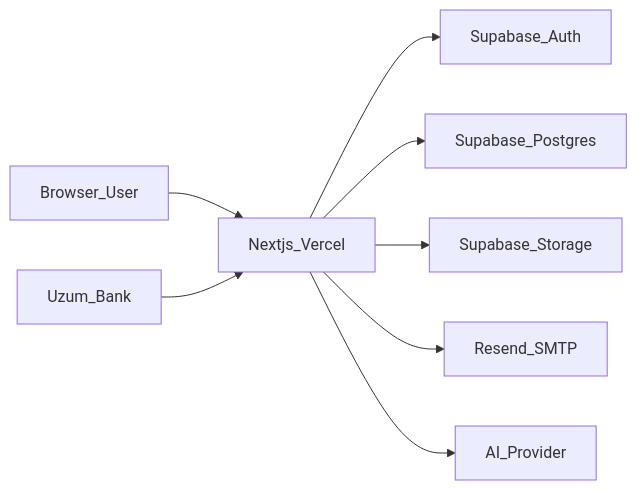
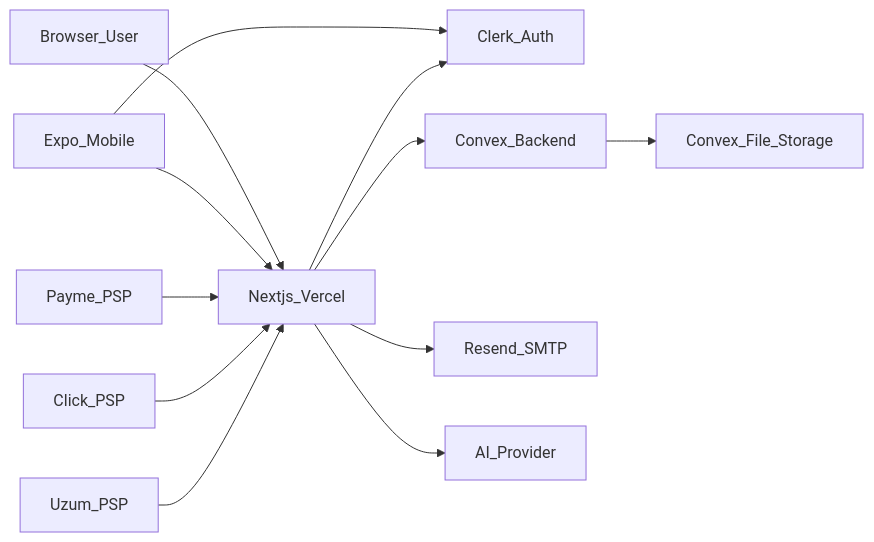
One commit to Shayxislam23/FundingPro changed the diagram in fundingpro/docs/security-audit/threat-model.md. Above: the diagram before and after it, drawn with Mermaid. The commit also changed other lines of this file and 143 other files, not shown here.

````diff
--- a/fundingpro/docs/security-audit/threat-model.md
+++ b/fundingpro/docs/security-audit/threat-model.md
@@ -7,19 +7,26 @@
 ```mermaid
 flowchart LR
   User[Browser_User]
+  Mobile[Expo_Mobile]
   Next[Nextjs_Vercel]
-  SupaAuth[Supabase_Auth]
-  SupaDB[Supabase_Postgres]
-  SupaStore[Supabase_Storage]
+  Clerk[Clerk_Auth]
+  Convex[Convex_Backend]
+  ConvexStore[Convex_File_Storage]
   Resend[Resend_SMTP]
   AI[AI_Provider]
-  Uzum[Uzum_Bank]
+  Payme[Payme_PSP]
+  Click[Click_PSP]
+  Uzum[Uzum_PSP]
 
   User --> Next
-  Next --> SupaAuth
-  Next --> SupaDB
-  Next --> SupaStore
+  Mobile --> Next
+  Mobile --> Clerk
+  Next --> Clerk
+  Next --> Convex
+  Convex --> ConvexStore
   Next --> Resend
   Next --> AI
+  Payme --> Next
+  Click --> Next
   Uzum --> Next
 ```
````
